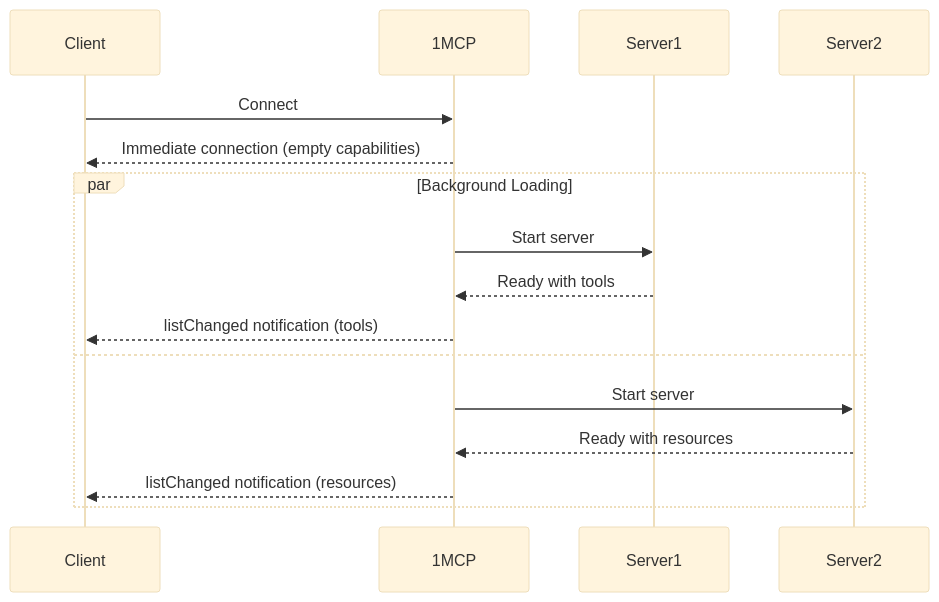
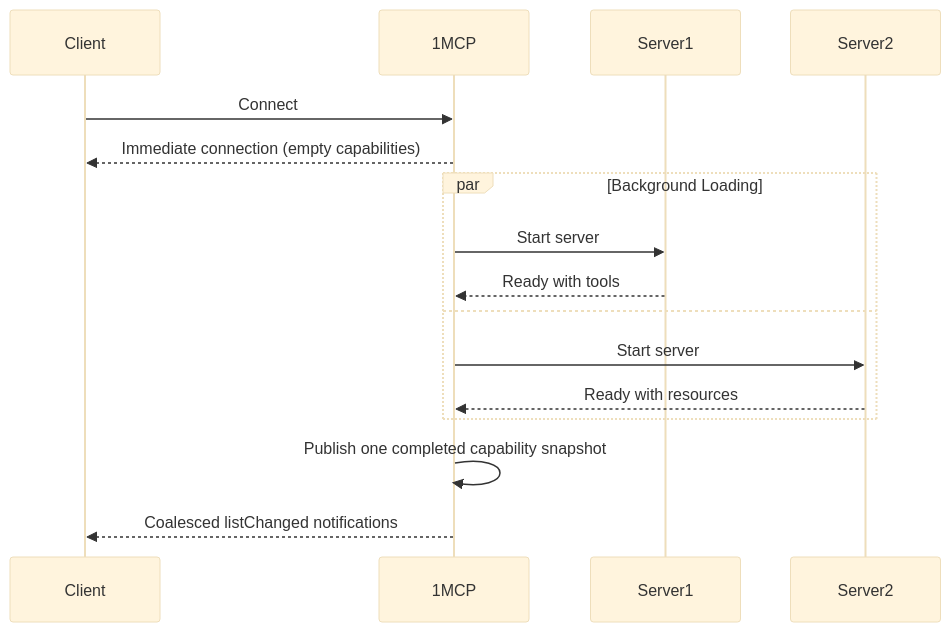
The second of 2 diagrams in docs/en/guide/advanced/fast-startup.md (1mcp-app/agent), drawn with Mermaid (base theme) before and after one commit. The commit also changed other lines of this file and 12 other files, not shown here.

````diff
--- a/docs/en/guide/advanced/fast-startup.md
+++ b/docs/en/guide/advanced/fast-startup.md
@@ -120,20 +120,20 @@
 ```mermaid
 sequenceDiagram
     participant Client
     participant 1MCP
     participant Server1
     participant Server2
 
     Client->>1MCP: Connect
     1MCP-->>Client: Immediate connection (empty capabilities)
 
     par Background Loading
         1MCP->>Server1: Start server
         Server1-->>1MCP: Ready with tools
-        1MCP-->>Client: listChanged notification (tools)
     and
         1MCP->>Server2: Start server
         Server2-->>1MCP: Ready with resources
-        1MCP-->>Client: listChanged notification (resources)
     end
+    1MCP->>1MCP: Publish one completed capability snapshot
+    1MCP-->>Client: Coalesced listChanged notifications
 ```
````
